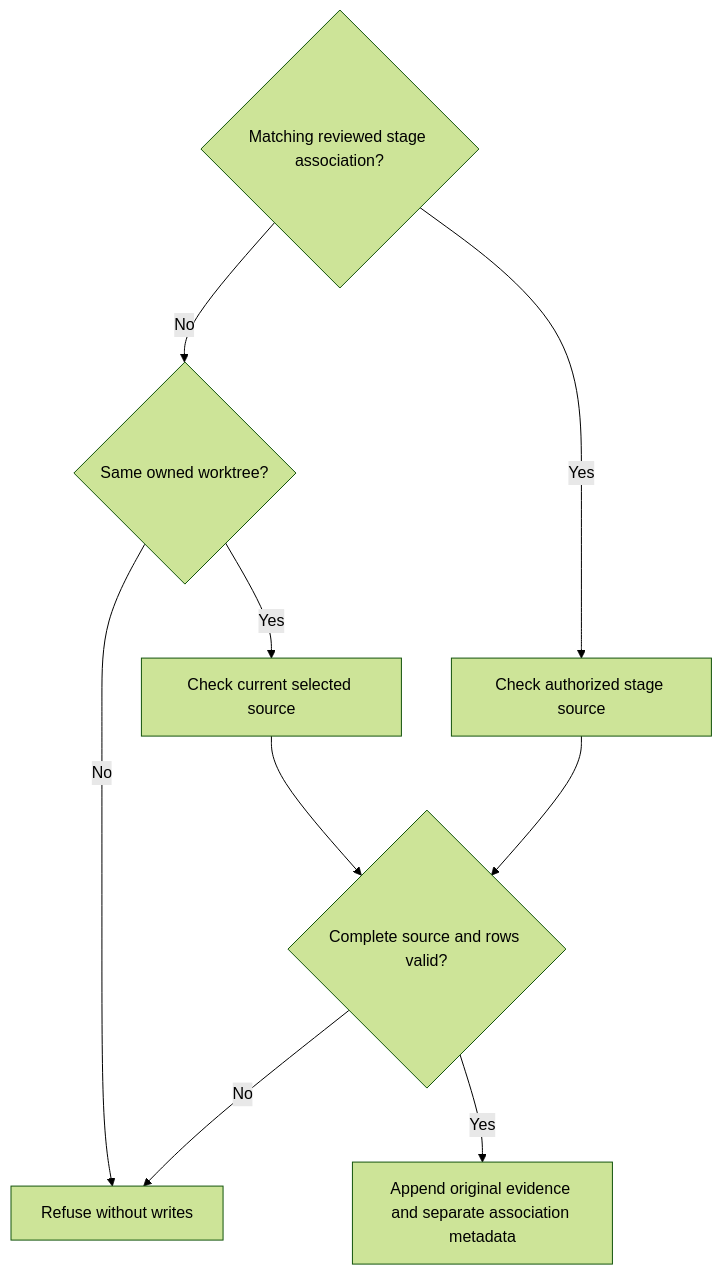
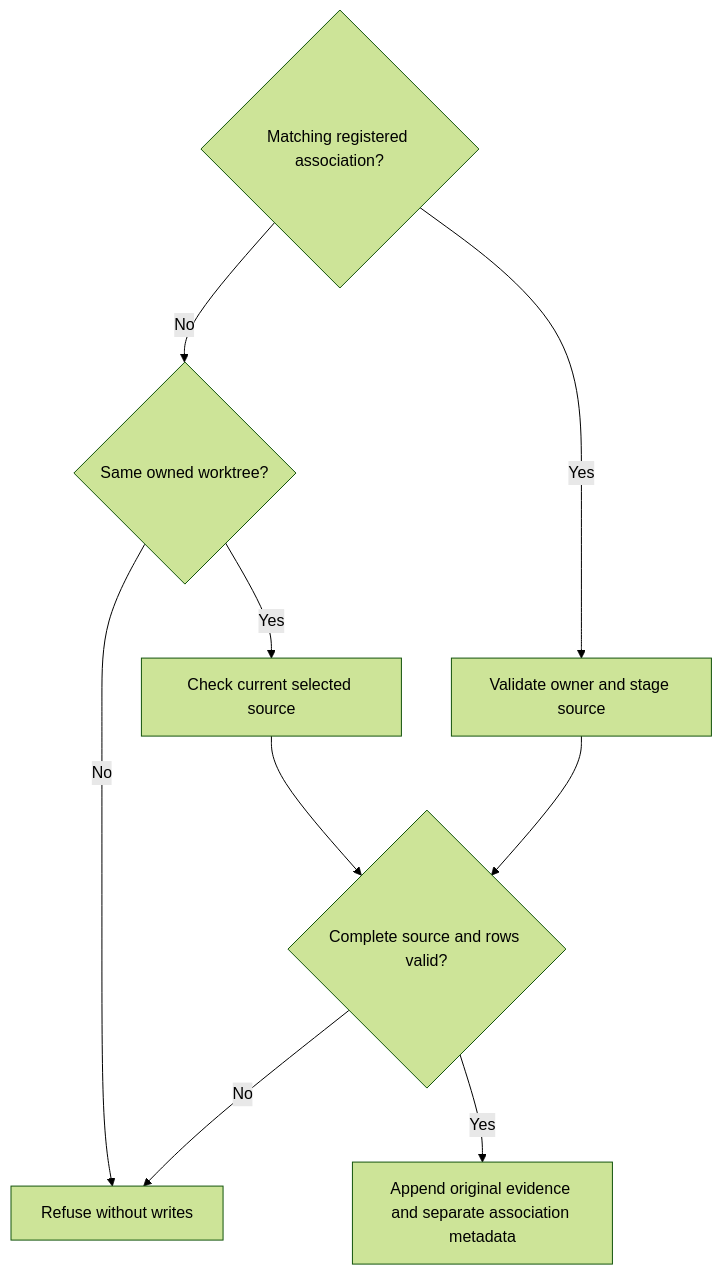
The third of 3 diagrams in prompts/cli/workflow-runner.prompt.md (promptdriven/pdd), drawn with Mermaid (forest theme) before and after one commit. The commit also changed other lines of this file and 3 other files, not shown here.

````diff
--- a/prompts/cli/workflow-runner.prompt.md
+++ b/prompts/cli/workflow-runner.prompt.md
@@ -277,11 +276,11 @@
 ```mermaid
 flowchart TD
-    A{Matching reviewed stage association?} -->|Yes| S[Check authorized stage source]
+    A{Matching registered association?} -->|Yes| S[Validate owner and stage source]
     A -->|No| R{Same owned worktree?}
     R -->|Yes| C[Check current selected source]
     R -->|No| X[Refuse without writes]
     C --> V{Complete source and rows valid?}
     S --> V
     V -->|No| X
     V -->|Yes| E[Append original evidence and separate association metadata]
 ```
````
